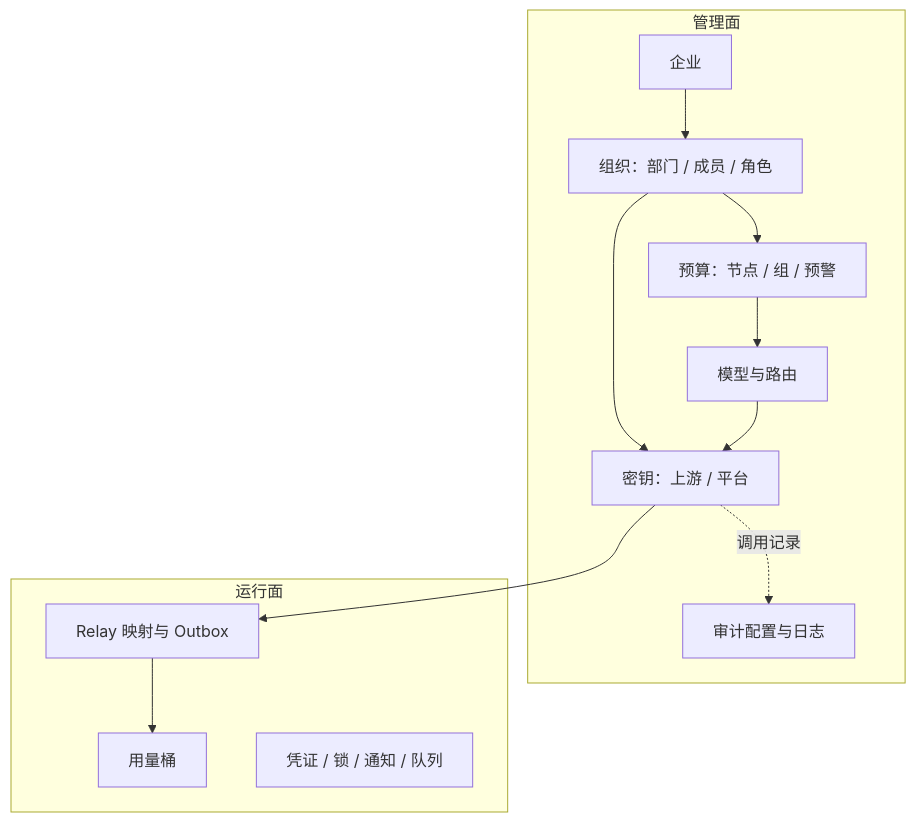
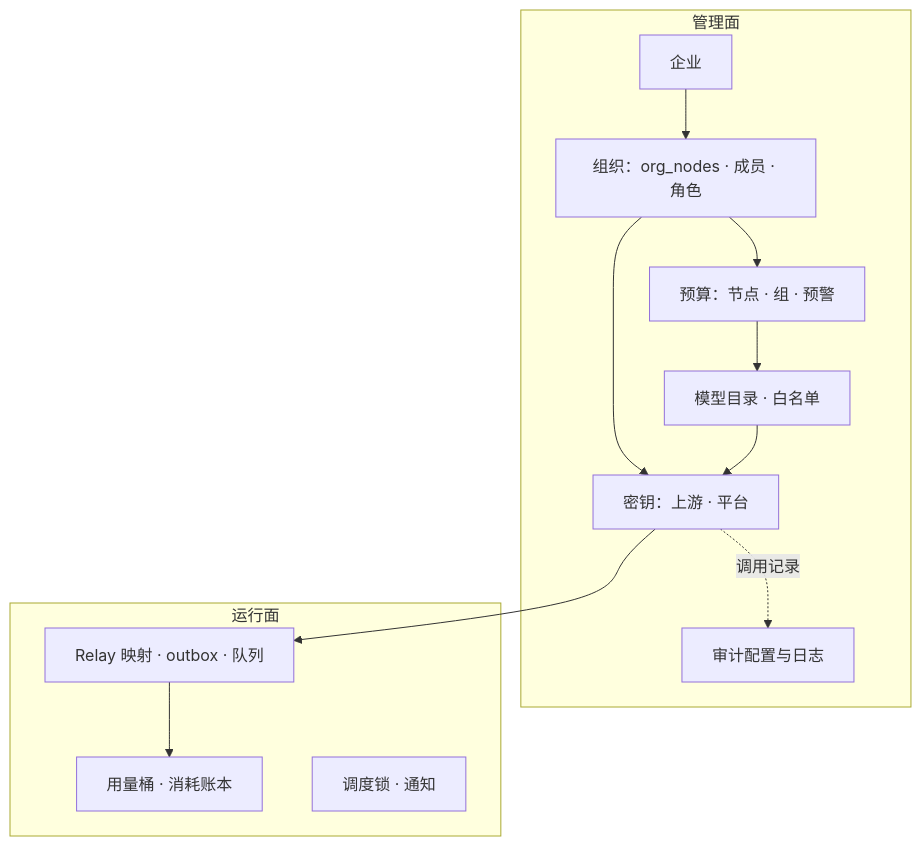
The first of 10 diagrams in docs/Backend-存储架构.md (quyip8818/mytokenjoy), drawn with Mermaid before and after one commit. The commit also changed other lines of this file and 132 other files, not shown here.

````diff
--- a/docs/Backend-存储架构.md
+++ b/docs/Backend-存储架构.md
@@ -22,26 +20,26 @@
 ```mermaid
 flowchart TB
   subgraph mgmt [管理面]
     CO[企业]
-    ORG[组织：部门 / 成员 / 角色]
-    BUD[预算：节点 / 组 / 预警]
-    KEY[密钥：上游 / 平台]
-    MOD[模型与路由]
+    ORG[组织：org_nodes · 成员 · 角色]
+    BUD[预算：节点 · 组 · 预警]
+    KEY[密钥：上游 · 平台]
+    MOD[模型目录 · 白名单]
     AUD[审计配置与日志]
   end
 
   subgraph runtime [运行面]
-    USG[用量桶]
-    RLY[Relay 映射与 Outbox]
-    OPS[凭证 / 锁 / 通知 / 队列]
+    USG[用量桶 · 消耗账本]
+    RLY[Relay 映射 · outbox · 队列]
+    OPS[调度锁 · 通知]
   end
 
   CO --> ORG
   ORG --> BUD
   ORG --> KEY
   MOD --> KEY
   BUD --> MOD
   KEY --> RLY
   RLY --> USG
   KEY -.->|调用记录| AUD
 ```
````
